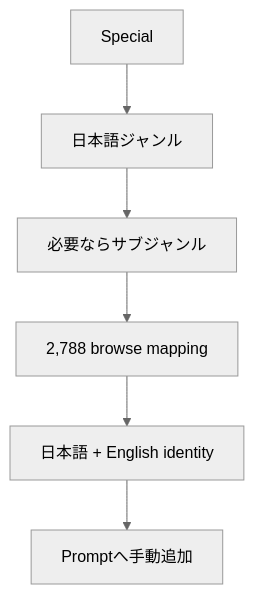
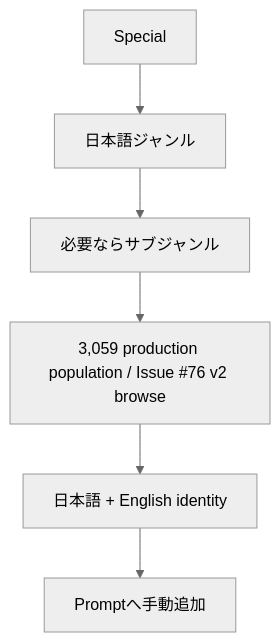
The third of 8 diagrams in docs/FLOWCHARTS.md (takasago181/DanbooruTagTool), drawn with Mermaid (neutral theme) before and after one commit. The commit also changed other lines of this file and 25 other files, not shown here.

````diff
--- a/docs/FLOWCHARTS.md
+++ b/docs/FLOWCHARTS.md
@@ -46,8 +46,8 @@
 ```mermaid
 flowchart TD
  A[Special] --> B[日本語ジャンル]
  B --> C[必要ならサブジャンル]
- C --> D[2,788 browse mapping]
+ C --> D[3,059 production population / Issue #76 v2 browse]
  D --> E[日本語 + English identity]
  E --> F[Promptへ手動追加]
 ```
````
